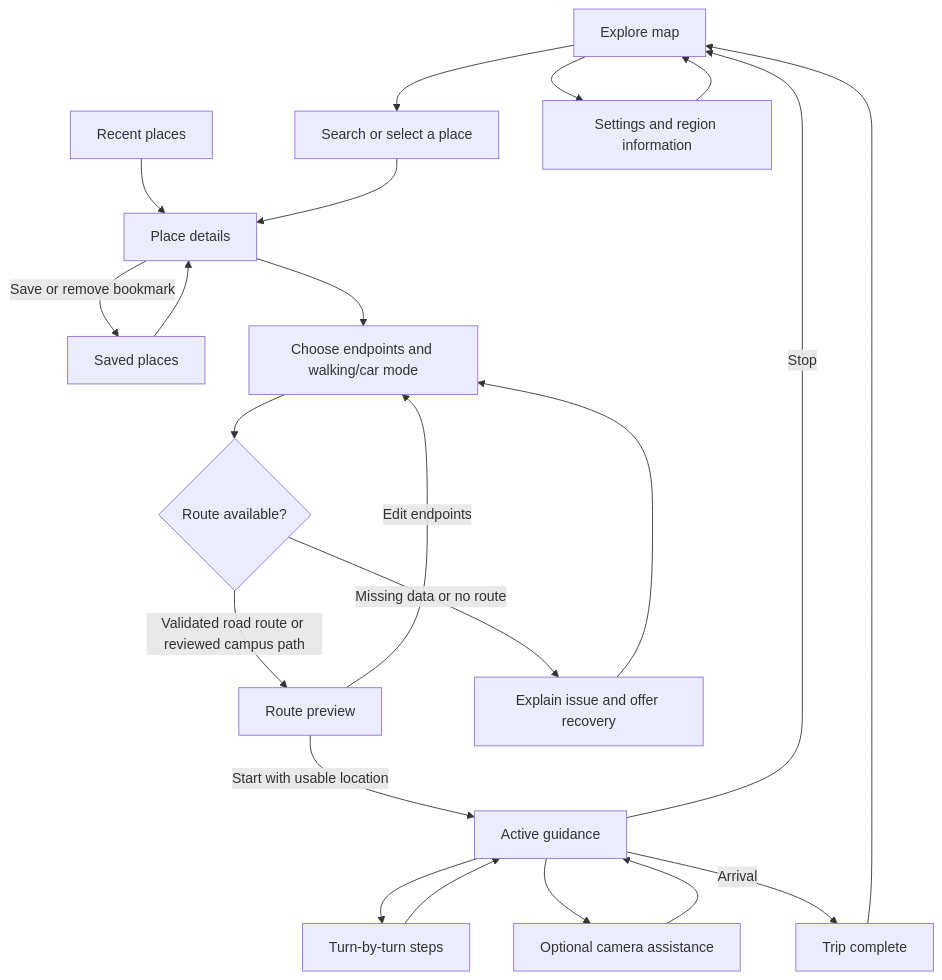
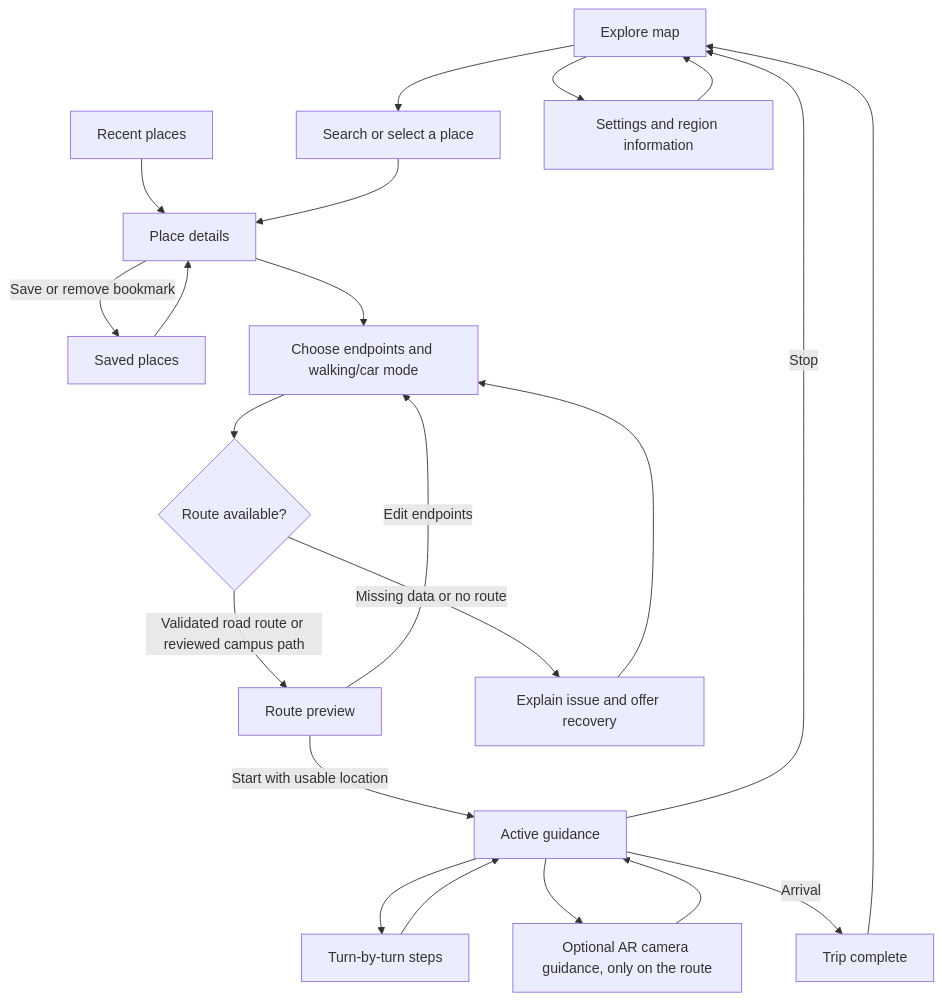
Before and after one commit to InsaneCoder789/NavGate: the diagram in README.md, drawn with Mermaid. The commit also changed other lines of this file, not shown here.

````diff
--- a/README.md
+++ b/README.md
@@ -19,24 +24,24 @@
 ```mermaid
 flowchart TD
     Explore[Explore map] --> Search[Search or select a place]
     Saved[Saved places] --> Details[Place details]
     Recents[Recent places] --> Details
     Search --> Details
     Details -->|Save or remove bookmark| Saved
     Details --> Endpoints[Choose endpoints and walking/car mode]
     Endpoints --> Plan{Route available?}
     Plan -->|Validated road route or reviewed campus path| Preview[Route preview]
     Plan -->|Missing data or no route| Recovery[Explain issue and offer recovery]
     Recovery --> Endpoints
     Preview -->|Start with usable location| Guidance[Active guidance]
     Preview -->|Edit endpoints| Endpoints
     Guidance --> Steps[Turn-by-turn steps]
     Steps --> Guidance
-    Guidance --> Camera[Optional camera assistance]
+    Guidance --> Camera[Optional AR camera guidance, only on the route]
     Camera --> Guidance
     Guidance -->|Arrival| Arrival[Trip complete]
     Guidance -->|Stop| Explore
     Arrival --> Explore
     Explore --> Settings[Settings and region information]
     Settings --> Explore
 ```
````
